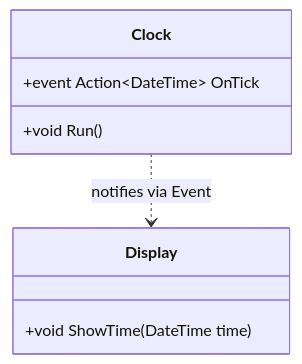
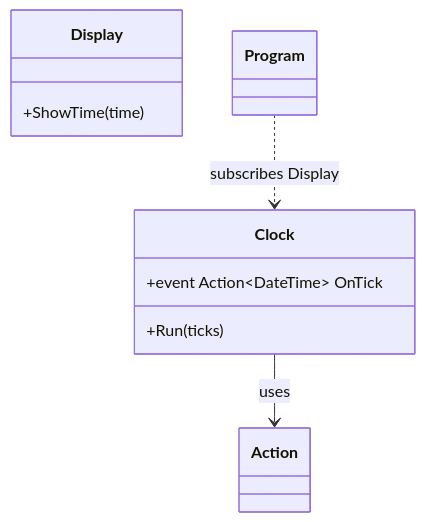
Before and after one commit to T-Boyke/C-Sharp-OOP-Fundamentals: the diagram in 17_DelegatesEvents/README.md, drawn with Mermaid. The commit also changed other lines of this file and 5 other files, not shown here.

Commit message:
feat: introduce Delegates & Events module with an event-driven clock example, unit tests, and comprehensive documentation.

````diff
--- a/17_DelegatesEvents/README.md
+++ b/17_DelegatesEvents/README.md
@@ -38,13 +32,17 @@
 ```mermaid
 classDiagram
     class Clock {
         +event Action~DateTime~ OnTick
-        +void Run()
+        +Run(ticks)
     }
 
     class Display {
-        +void ShowTime(DateTime time)
+        +ShowTime(time)
     }
 
-    Clock ..> Display : notifies via Event
+    class Program {
+    }
+
+    Clock --> Action : uses
+    Program ..> Clock : subscribes Display
 ```
````
